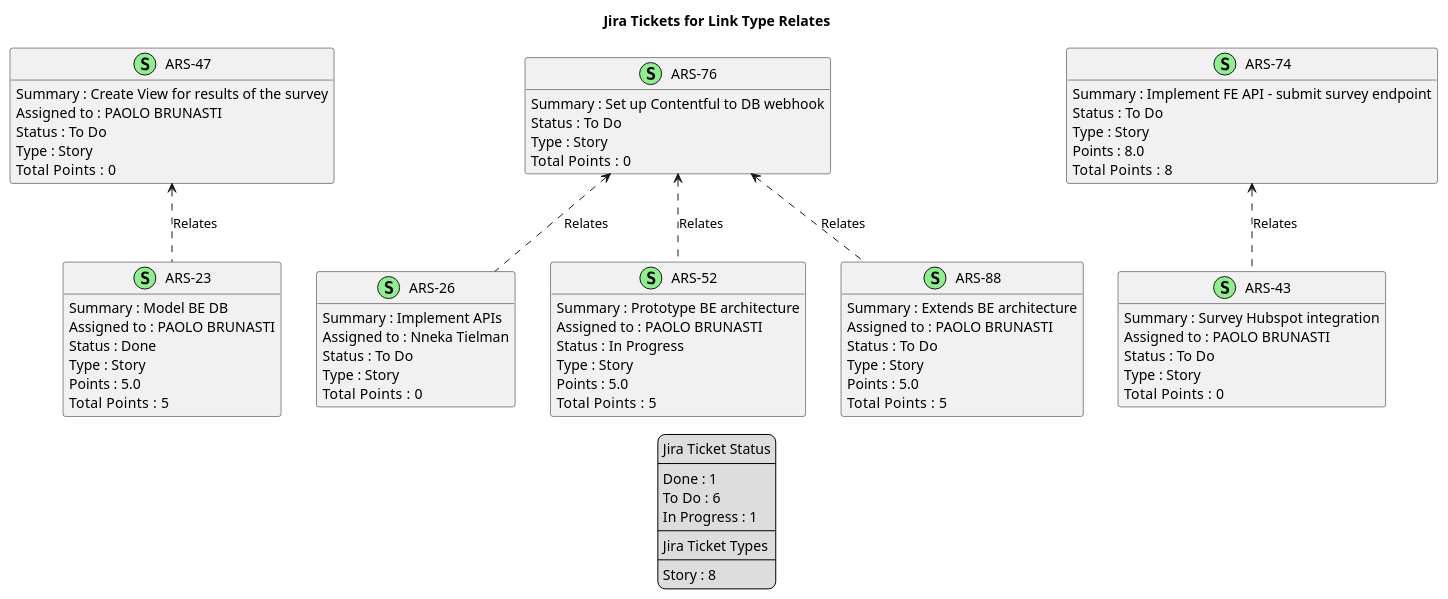
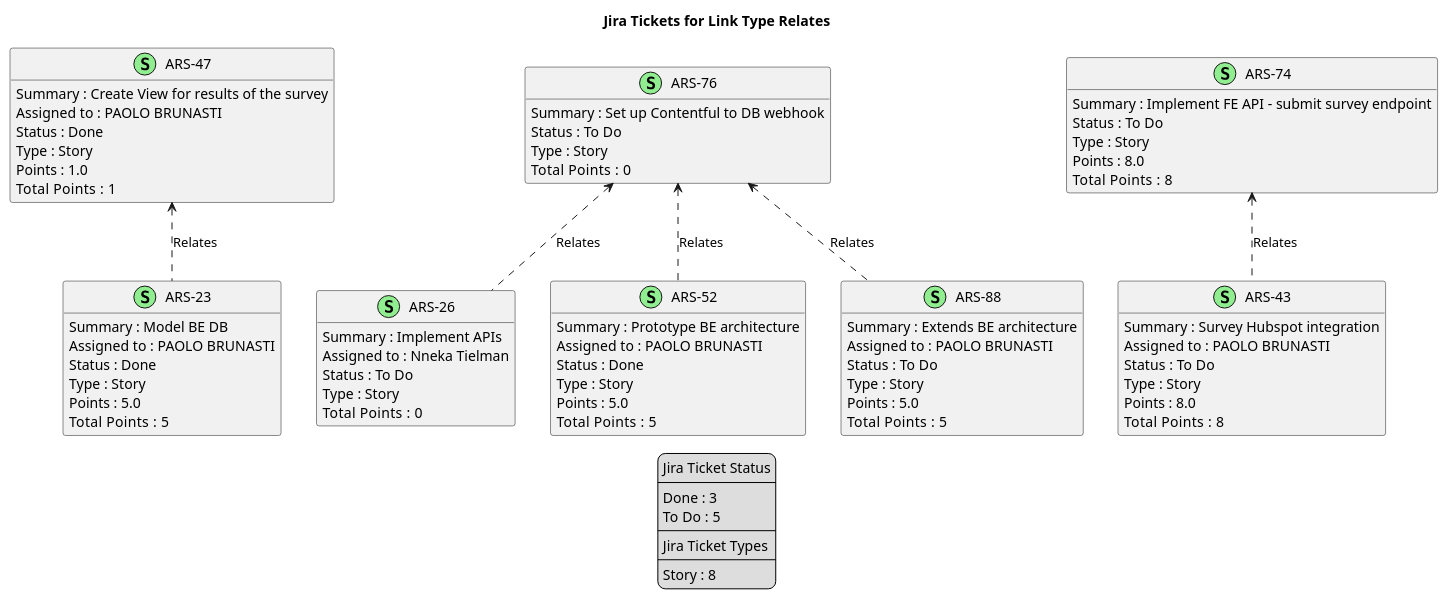
Before and after one commit to brunasti/jiraplotter: the diagram in docs/nexus/jira-LinkType-Relates.puml, drawn with PlantUML. The commit also changed 24 other files, not shown here.

Commit message:
Regenerates Nexus diagrams

```diff
--- a/docs/nexus/jira-LinkType-Relates.puml
+++ b/docs/nexus/jira-LinkType-Relates.puml
@@ -1,105 +1,106 @@
 @startuml
 'https://plantuml.com/class-diagram
 
 ' GENERATE CLASS DIAGRAM ===========
-' Generated at    : Thu May 16 15:52:42 CEST 2024
+' Generated at    : Tue May 21 11:41:22 CEST 2024
 
 title Jira Tickets for Link Type Relates
 hide empty members
 
 legend
 Jira Ticket Status
 ----
-Done : 1
-To Do : 6
-In Progress : 1
+Done : 3
+To Do : 5
 ----
 Jira Ticket Types
 ----
 Story : 8
 end legend
 
 
 ' Tickets =======
 class "ARS-23" << (S,lightgreen) >> {
  Summary : Model BE DB
  Assigned to : PAOLO BRUNASTI
  Status : Done
  Type : Story
  Points : 5.0
 Total  Points : 5
 }
 
 class "ARS-47" << (S,lightgreen) >> {
  Summary : Create View for results of the survey
  Assigned to : PAOLO BRUNASTI
- Status : To Do
+ Status : Done
  Type : Story
-Total  Points : 0
+ Points : 1.0
+Total  Points : 1
 }
 
 class "ARS-26" << (S,lightgreen) >> {
  Summary : Implement APIs
  Assigned to : Nneka Tielman
  Status : To Do
  Type : Story
 Total  Points : 0
 }
 
 class "ARS-74" << (S,lightgreen) >> {
  Summary : Implement FE API - submit survey endpoint
  Status : To Do
  Type : Story
  Points : 8.0
 Total  Points : 8
 }
 
 class "ARS-52" << (S,lightgreen) >> {
  Summary : Prototype BE architecture
  Assigned to : PAOLO BRUNASTI
- Status : In Progress
+ Status : Done
  Type : Story
  Points : 5.0
 Total  Points : 5
 }
 
 class "ARS-43" << (S,lightgreen) >> {
  Summary : Survey Hubspot integration
  Assigned to : PAOLO BRUNASTI
  Status : To Do
  Type : Story
-Total  Points : 0
+ Points : 8.0
+Total  Points : 8
 }
 
 class "ARS-76" << (S,lightgreen) >> {
  Summary : Set up Contentful to DB webhook
  Status : To Do
  Type : Story
 Total  Points : 0
 }
 
 class "ARS-88" << (S,lightgreen) >> {
  Summary : Extends BE architecture
  Assigned to : PAOLO BRUNASTI
  Status : To Do
  Type : Story
  Points : 5.0
 Total  Points : 5
 }
 
 
 
 ' Links =======
 "ARS-74" <.. "ARS-43" : Relates
 
 "ARS-76" <.. "ARS-26" : Relates
 
 "ARS-76" <.. "ARS-52" : Relates
 
 "ARS-76" <.. "ARS-88" : Relates
 
 "ARS-47" <.. "ARS-23" : Relates
 
 
 
 @enduml
```
